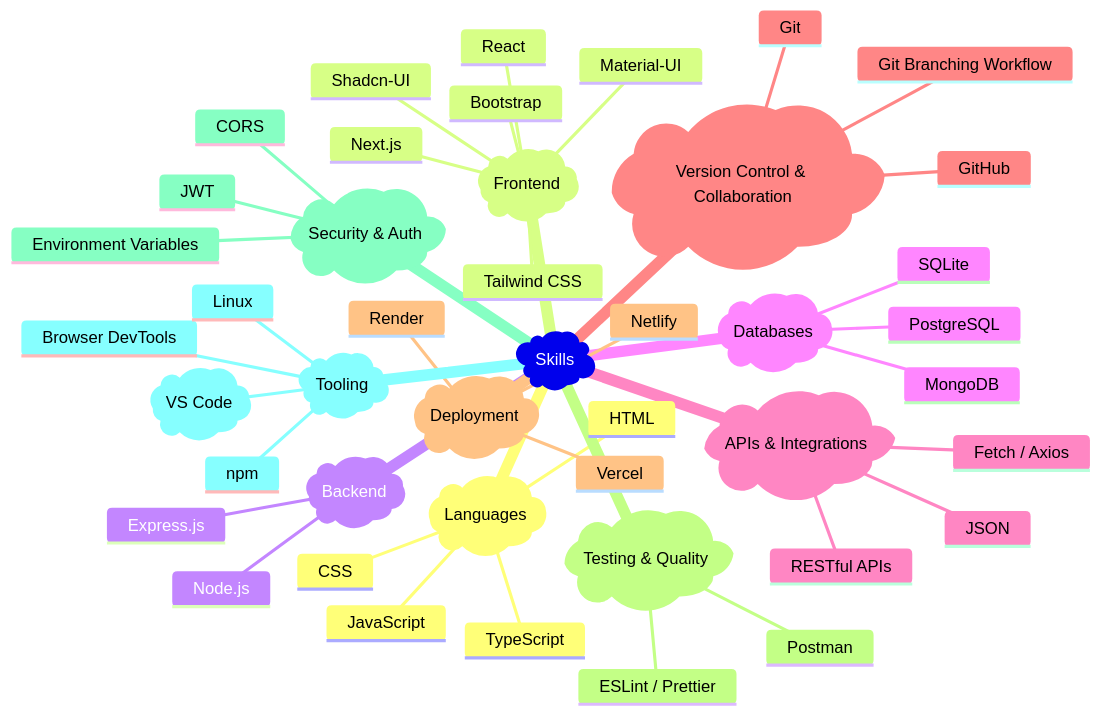
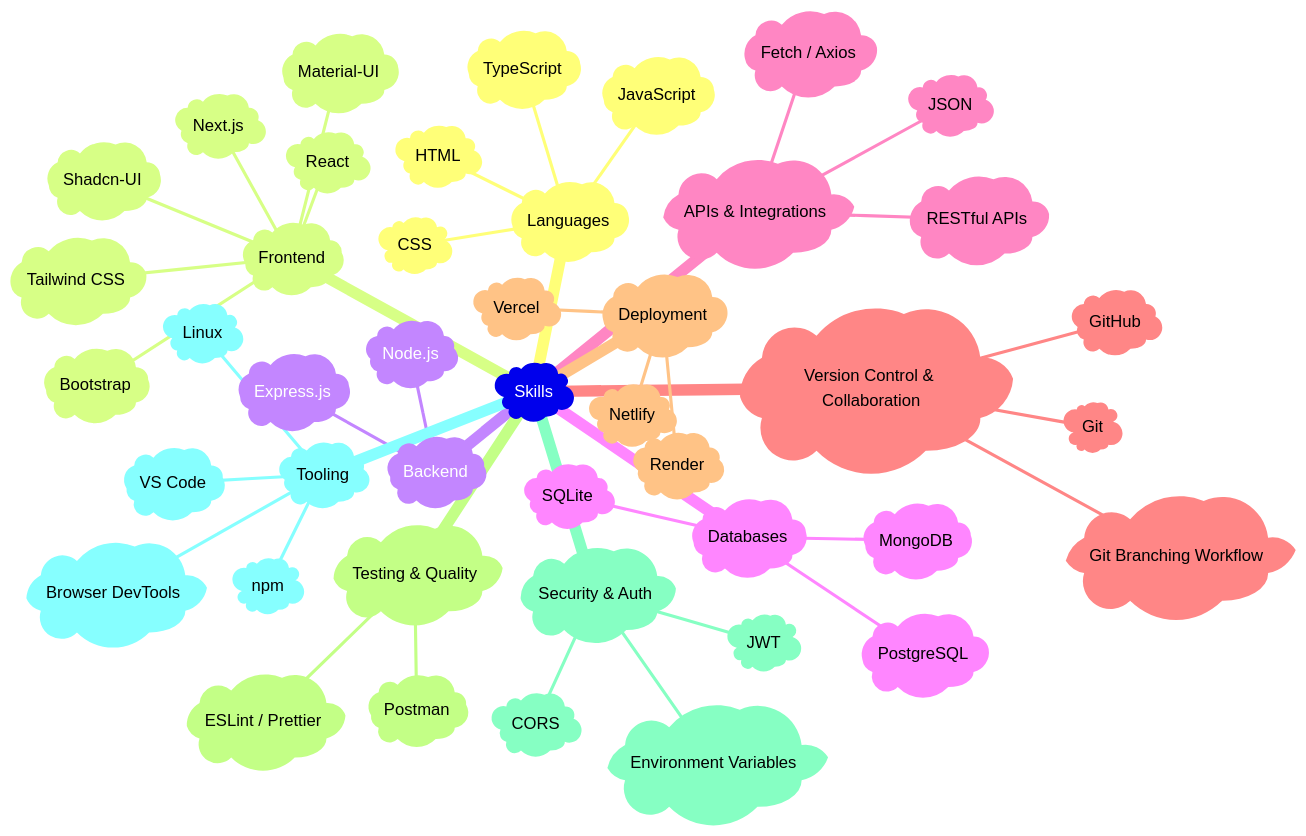
Before and after one commit to shantoopaul/shantoopaul: the diagram in README.md, drawn with Mermaid.

Commit message:
rearranging style

````diff
--- a/README.md
+++ b/README.md
@@ -30,47 +30,47 @@
 ```mermaid
 mindmap
     root)Skills(
         )Languages(
-            JavaScript
-            TypeScript
-            HTML
-            CSS
+            )JavaScript(
+            )TypeScript(
+            )HTML(
+            )CSS(
         )Frontend(
-            React
-            Next.js
-            Tailwind CSS
-            Material-UI
-            Shadcn-UI
-            Bootstrap
+            )React(
+            )Next.js(
+            )Tailwind CSS(
+            )Material-UI(
+            )Shadcn-UI(
+            )Bootstrap(
         )Backend(
-            Node.js
-            Express.js
+            )Node.js(
+            )Express.js(
         )Databases(
-            MongoDB
-            SQLite
-            PostgreSQL
+            )MongoDB(
+            )SQLite(
+            )PostgreSQL(
         )APIs & Integrations(
-            RESTful APIs
-            JSON
-            Fetch / Axios
+            )RESTful APIs(
+            )JSON(
+            )Fetch / Axios(
         )Version Control & Collaboration(
-            Git
-            GitHub
-            Git Branching Workflow
+            )Git(
+            )GitHub(
+            )Git Branching Workflow(
         )Deployment(
-            Vercel
-            Netlify
-            Render
+            )Vercel(
+            )Netlify(
+            )Render(
         )Testing & Quality(
-            Postman
-            ESLint / Prettier
+            )Postman(
+            )ESLint / Prettier(
         )Security & Auth(
-            JWT
-            Environment Variables
-            CORS
+            )JWT(
+            )Environment Variables(
+            )CORS(
         )Tooling(
             )VS Code(
-            npm
-            Browser DevTools
-            Linux
+            )npm(
+            )Browser DevTools(
+            )Linux(
 ```
````
